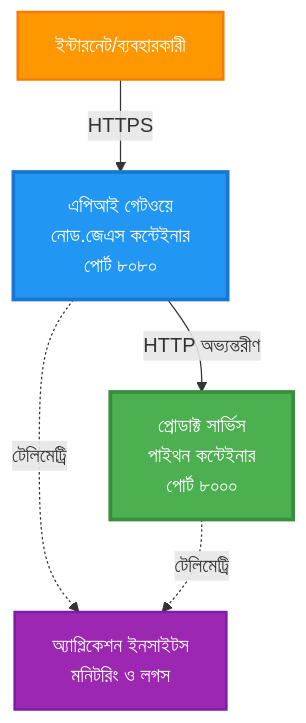
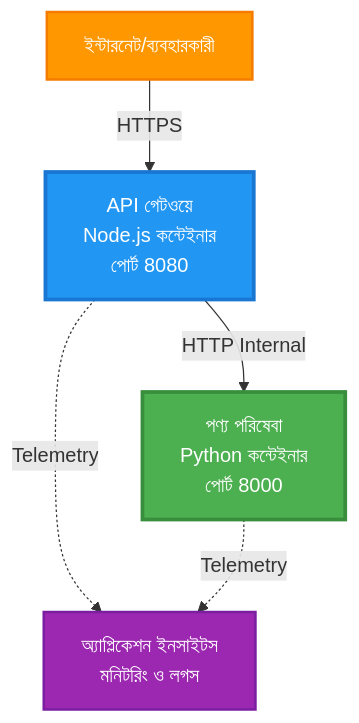
Before and after one commit to microsoft/AZD-for-beginners: the first of 4 diagrams in translations/bn/examples/microservices/README.md, drawn with Mermaid. The commit also changed other lines of this file and 242 other files, not shown here.

````diff
--- a/translations/bn/examples/microservices/README.md
+++ b/translations/bn/examples/microservices/README.md
@@ -40,17 +31,17 @@
 ```mermaid
 graph TB
     Internet[ইন্টারনেট/ব্যবহারকারী]
-    Gateway[এপিআই গেটওয়ে<br/>নোড.জেএস কন্টেইনার<br/>পোর্ট ৮০৮০]
-    Product[প্রোডাক্ট সার্ভিস<br/>পাইথন কন্টেইনার<br/>পোর্ট ৮০০০]
+    Gateway[API গেটওয়ে<br/>Node.js কন্টেইনার<br/>পোর্ট 8080]
+    Product[পণ্য পরিষেবা<br/>Python কন্টেইনার<br/>পোর্ট 8000]
     AppInsights[অ্যাপ্লিকেশন ইনসাইটস<br/>মনিটরিং ও লগস]
     
     Internet -->|HTTPS| Gateway
-    Gateway -->|HTTP অভ্যন্তরীণ| Product
-    Gateway -.->|টেলিমেট্রি| AppInsights
-    Product -.->|টেলিমেট্রি| AppInsights
+    Gateway -->|HTTP Internal| Product
+    Gateway -.->|Telemetry| AppInsights
+    Product -.->|Telemetry| AppInsights
     
     style Gateway fill:#2196F3,stroke:#1976D2,stroke-width:3px,color:#fff
     style Product fill:#4CAF50,stroke:#388E3C,stroke-width:3px,color:#fff
     style Internet fill:#FF9800,stroke:#F57C00,stroke-width:2px,color:#fff
     style AppInsights fill:#9C27B0,stroke:#7B1FA2,stroke-width:2px,color:#fff
 ```
````
